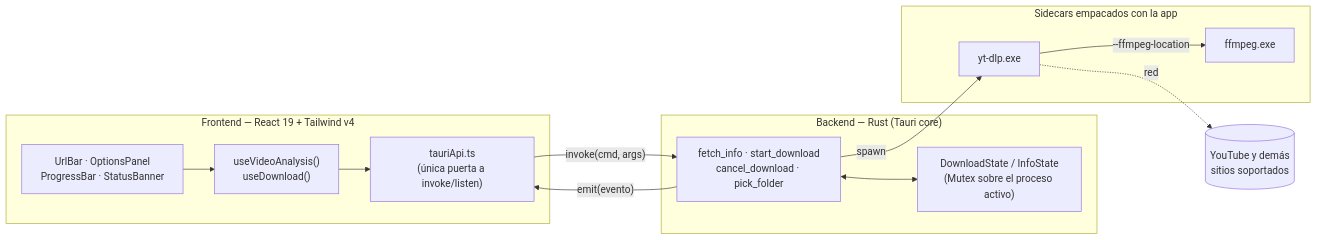
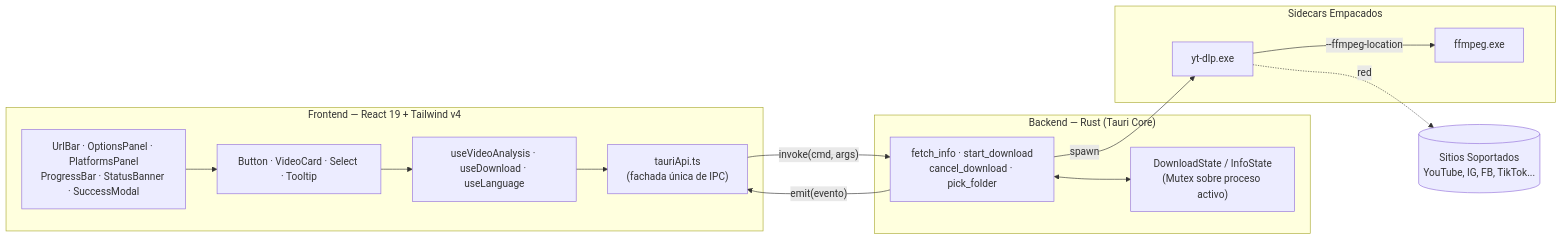
One commit to userlg/Mediagrab changed the diagram in README.md. Above: the diagram before and after it, drawn with Mermaid. The commit also changed other lines of this file and 73 other files, not shown here.

````diff
--- a/README.md
+++ b/README.md
@@ -51,26 +55,27 @@
 ```mermaid
 flowchart LR
     subgraph FE["Frontend — React 19 + Tailwind v4"]
-        UI["UrlBar · OptionsPanel<br/>ProgressBar · StatusBanner"]
-        Hooks["useVideoAnalysis()<br/>useDownload()"]
-        API["tauriApi.ts<br/>(única puerta a invoke/listen)"]
-        UI --> Hooks --> API
+        UI["UrlBar · OptionsPanel · PlatformsPanel<br/>ProgressBar · StatusBanner · SuccessModal"]
+        Reusable["Button · VideoCard · Select · Tooltip"]
+        Hooks["useVideoAnalysis · useDownload · useLanguage"]
+        API["tauriApi.ts<br/>(fachada única de IPC)"]
+        UI --> Reusable --> Hooks --> API
     end
 
-    subgraph BE["Backend — Rust (Tauri core)"]
+    subgraph BE["Backend — Rust (Tauri Core)"]
         Cmds["fetch_info · start_download<br/>cancel_download · pick_folder"]
-        State["DownloadState / InfoState<br/>(Mutex sobre el proceso activo)"]
+        State["DownloadState / InfoState<br/>(Mutex sobre proceso activo)"]
         Cmds <--> State
     end
 
-    subgraph SC["Sidecars empacados con la app"]
+    subgraph SC["Sidecars Empacados"]
         YTDLP["yt-dlp.exe"]
         FFMPEG["ffmpeg.exe"]
     end
 
     API -- "invoke(cmd, args)" --> Cmds
     Cmds -- "emit(evento)" --> API
     Cmds -- spawn --> YTDLP
     YTDLP -- "--ffmpeg-location" --> FFMPEG
-    YTDLP -. red .-> Sitios[("YouTube y demás<br/>sitios soportados")]
+    YTDLP -. red .-> Sitios[("Sitios Soportados<br/>YouTube, IG, FB, TikTok...")]
 ```
````
